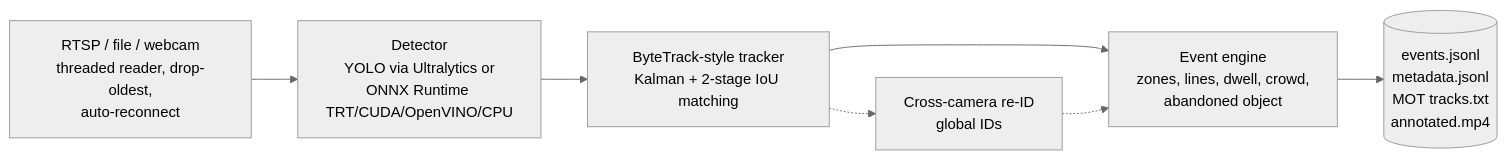
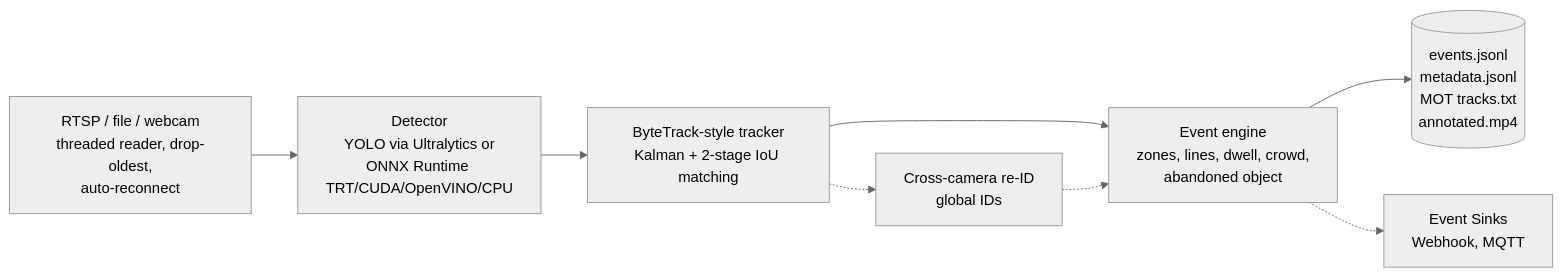
One commit to SEASIL/visionpipe changed the diagram in README.md. Above: the diagram before and after it, drawn with Mermaid (neutral theme). The commit also changed other lines of this file and 17 other files, not shown here.

````diff
--- a/README.md
+++ b/README.md
@@ -7,9 +16,10 @@
 ```mermaid
 flowchart LR
     A[RTSP / file / webcam<br/>threaded reader, drop-oldest,<br/>auto-reconnect] --> B[Detector<br/>YOLO via Ultralytics or<br/>ONNX Runtime TRT/CUDA/OpenVINO/CPU]
     B --> C[ByteTrack-style tracker<br/>Kalman + 2-stage IoU matching]
     C --> D[Event engine<br/>zones, lines, dwell, crowd,<br/>abandoned object]
     D --> E[(events.jsonl<br/>metadata.jsonl<br/>MOT tracks.txt<br/>annotated.mp4)]
     C -.-> F[Cross-camera re-ID<br/>global IDs]
     F -.-> D
+    D -.-> G[Event Sinks<br/>Webhook, MQTT]
 ```
````
